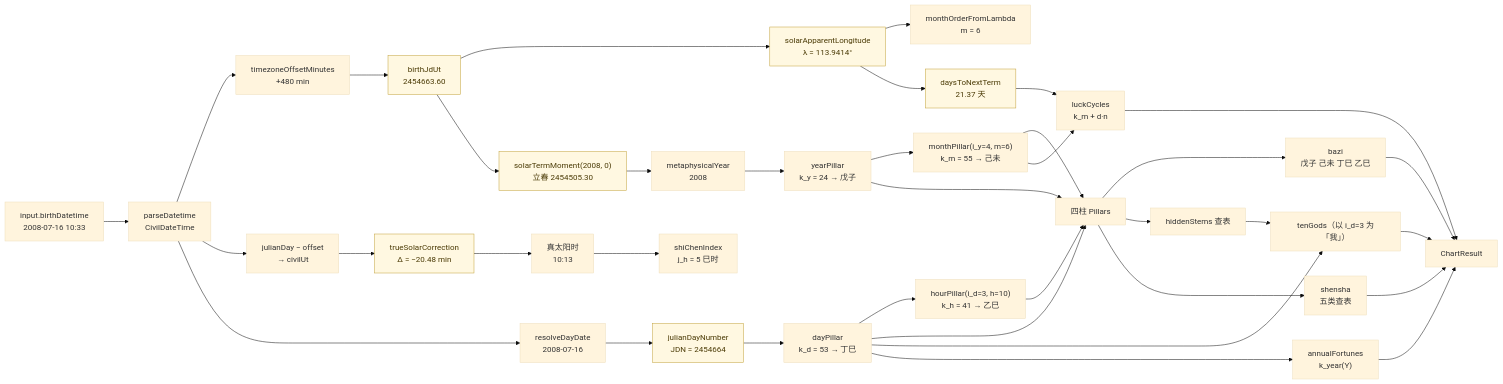
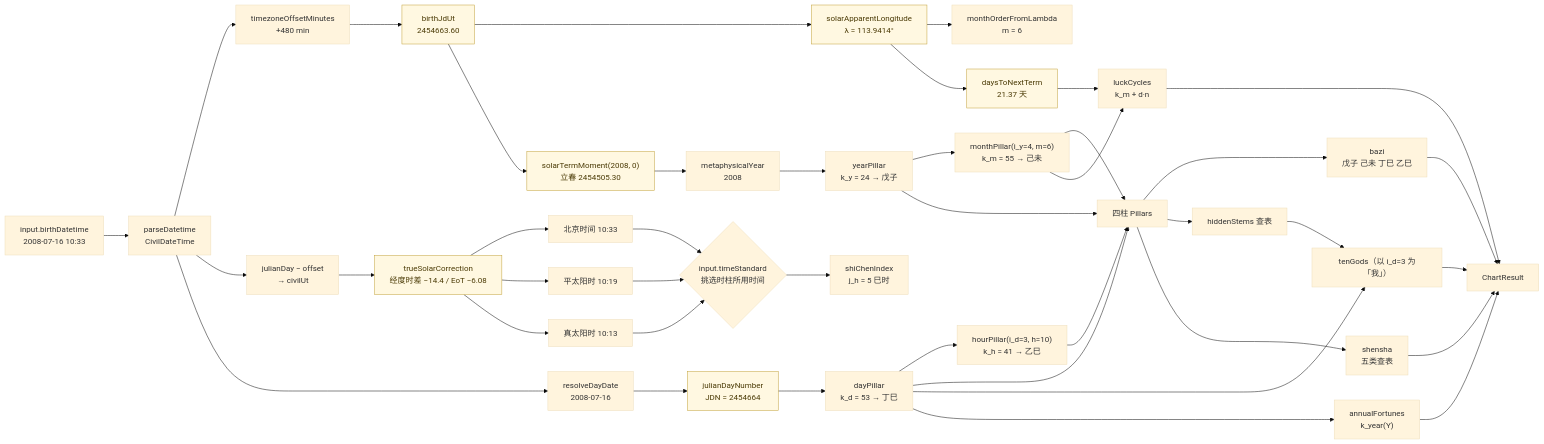
Before and after one commit to yunzheyue-star/BaZi: the fourth of 9 diagrams in doc/bazi-call-graph.md, drawn with Mermaid (base theme). The commit also changed other lines of this file and 16 other files, not shown here.

````diff
--- a/doc/bazi-call-graph.md
+++ b/doc/bazi-call-graph.md
@@ -288,48 +290,53 @@
 ```mermaid
 flowchart LR
     A["input.birthDatetime<br/>2008-07-16 10:33"] --> B["parseDatetime<br/>CivilDateTime"]
     B --> C["timezoneOffsetMinutes<br/>+480 min"]
     C --> D["birthJdUt<br/>2454663.60"]
     B --> E["julianDay − offset<br/>→ civilUt"]
-    E --> F["trueSolarCorrection<br/>Δ = −20.48 min"]
-    F --> G["真太阳时<br/>10:13"]
+    E --> F["trueSolarCorrection<br/>经度时差 −14.4 / EoT −6.08"]
+    F --> G0["北京时间 10:33"]
+    F --> G1["平太阳时 10:19"]
+    F --> G2["真太阳时 10:13"]
+    G0 --> G{"input.timeStandard<br/>挑选时柱所用时间"}
+    G1 --> G
+    G2 --> G
 
     D --> H["solarApparentLongitude<br/>λ = 113.9414°"]
     D --> I["solarTermMoment(2008, 0)<br/>立春 2454505.30"]
     I --> J["metaphysicalYear<br/>2008"]
     J --> K["yearPillar<br/>k_y = 24 → 戊子"]
 
     H --> L["monthOrderFromLambda<br/>m = 6"]
     K --> M["monthPillar(i_y=4, m=6)<br/>k_m = 55 → 己未"]
 
     B --> N["resolveDayDate<br/>2008-07-16"]
     N --> O["julianDayNumber<br/>JDN = 2454664"]
     O --> P["dayPillar<br/>k_d = 53 → 丁巳"]
 
     G --> Q["shiChenIndex<br/>j_h = 5 巳时"]
     P --> R["hourPillar(i_d=3, h=10)<br/>k_h = 41 → 乙巳"]
 
     K --> S["四柱 Pillars"]
     M --> S
     P --> S
     R --> S
     S --> T["bazi<br/>戊子 己未 丁巳 乙巳"]
     S --> U["hiddenStems 查表"]
     P --> V["tenGods（以 i_d=3 为「我」）"]
     U --> V
 
     H --> W["daysToNextTerm<br/>21.37 天"]
     M --> X["luckCycles<br/>k_m + d·n"]
     W --> X
     P --> Y["annualFortunes<br/>k_year(Y)"]
     S --> Z["shensha<br/>五类查表"]
 
     X --> R2["ChartResult"]
     Y --> R2
     Z --> R2
     V --> R2
     T --> R2
 
     classDef num fill:#fff8e1,stroke:#c2a13a,color:#4a3a05
     class D,F,H,I,O,W num
 ```
````
